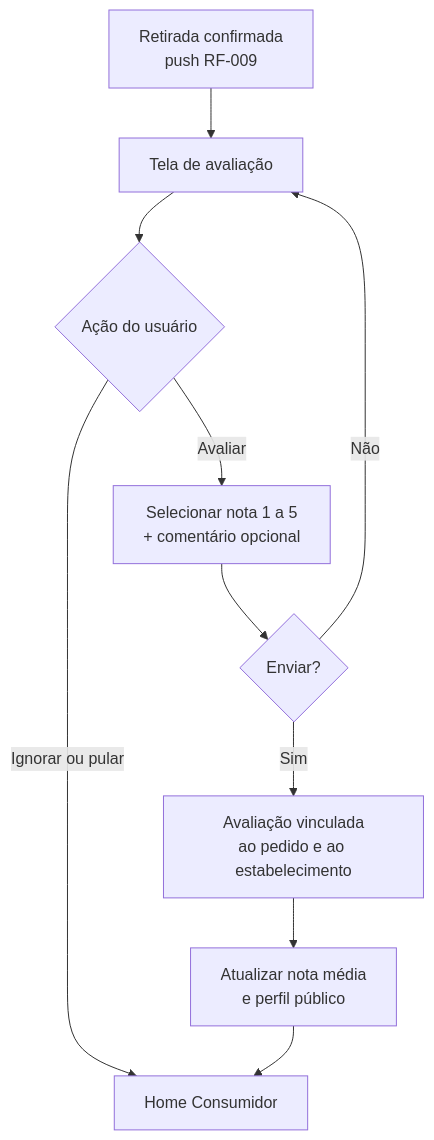
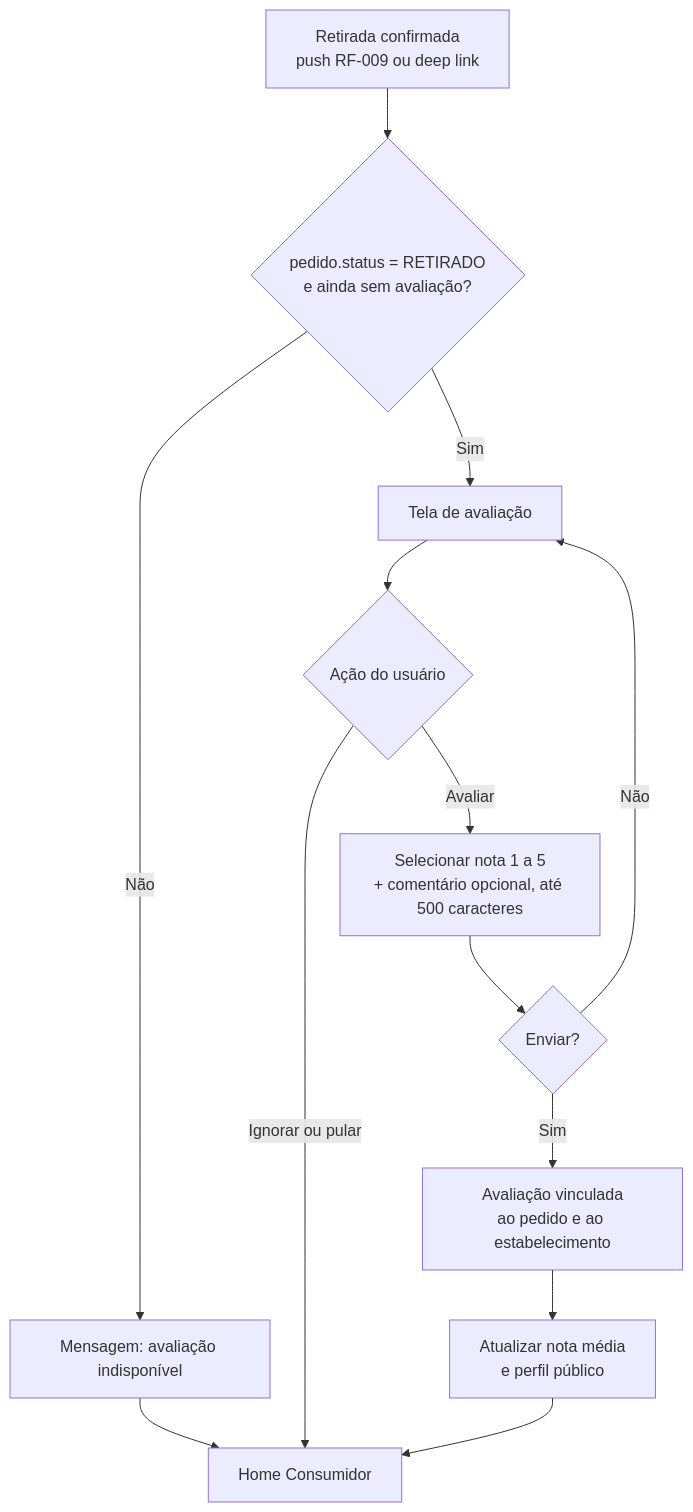
One commit to nulltupy/foodloop-projeto-testes changed the fourth of 14 diagrams in docs/05-Projeto-interface.md. Above: the diagram before and after it, drawn with Mermaid. The commit also changed other lines of this file and 2 other files, not shown here.

Commit message:
Expande user flow para 13 fluxos com mapa de lacunas e alinha 02 e 04

````diff
--- a/docs/05-Projeto-interface.md
+++ b/docs/05-Projeto-interface.md
@@ -122,12 +142,15 @@
 ```mermaid
 flowchart TD
-    TRIG[Retirada confirmada<br/>push RF-009] --> AVL[Tela de avaliação]
+    TRIG[Retirada confirmada<br/>push RF-009 ou deep link] --> GRD{pedido.status = RETIRADO<br/>e ainda sem avaliação?}
+    GRD -- Não --> BLQ[Mensagem: avaliação indisponível]
+    BLQ --> HOME[Home Consumidor]
+    GRD -- Sim --> AVL[Tela de avaliação]
     AVL --> Q7{Ação do usuário}
-    Q7 -- Ignorar ou pular --> HOME[Home Consumidor]
-    Q7 -- Avaliar --> NOTA[Selecionar nota 1 a 5<br/>+ comentário opcional]
+    Q7 -- Ignorar ou pular --> HOME
+    Q7 -- Avaliar --> NOTA[Selecionar nota 1 a 5<br/>+ comentário opcional, até 500 caracteres]
     NOTA --> Q8{Enviar?}
     Q8 -- Não --> AVL
     Q8 -- Sim --> SUB[Avaliação vinculada<br/>ao pedido e ao estabelecimento]
     SUB --> MEDIA[Atualizar nota média<br/>e perfil público]
     MEDIA --> HOME
 ```
````
